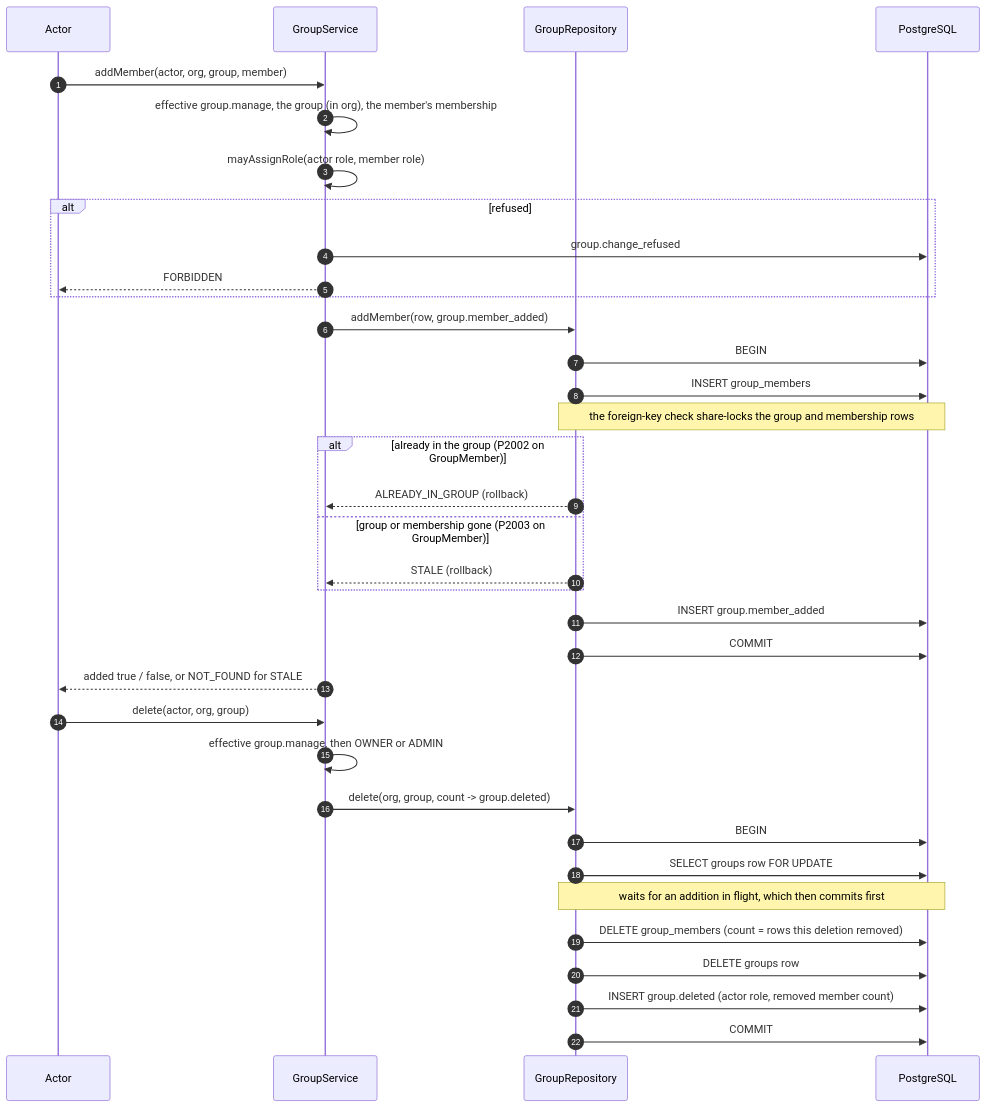
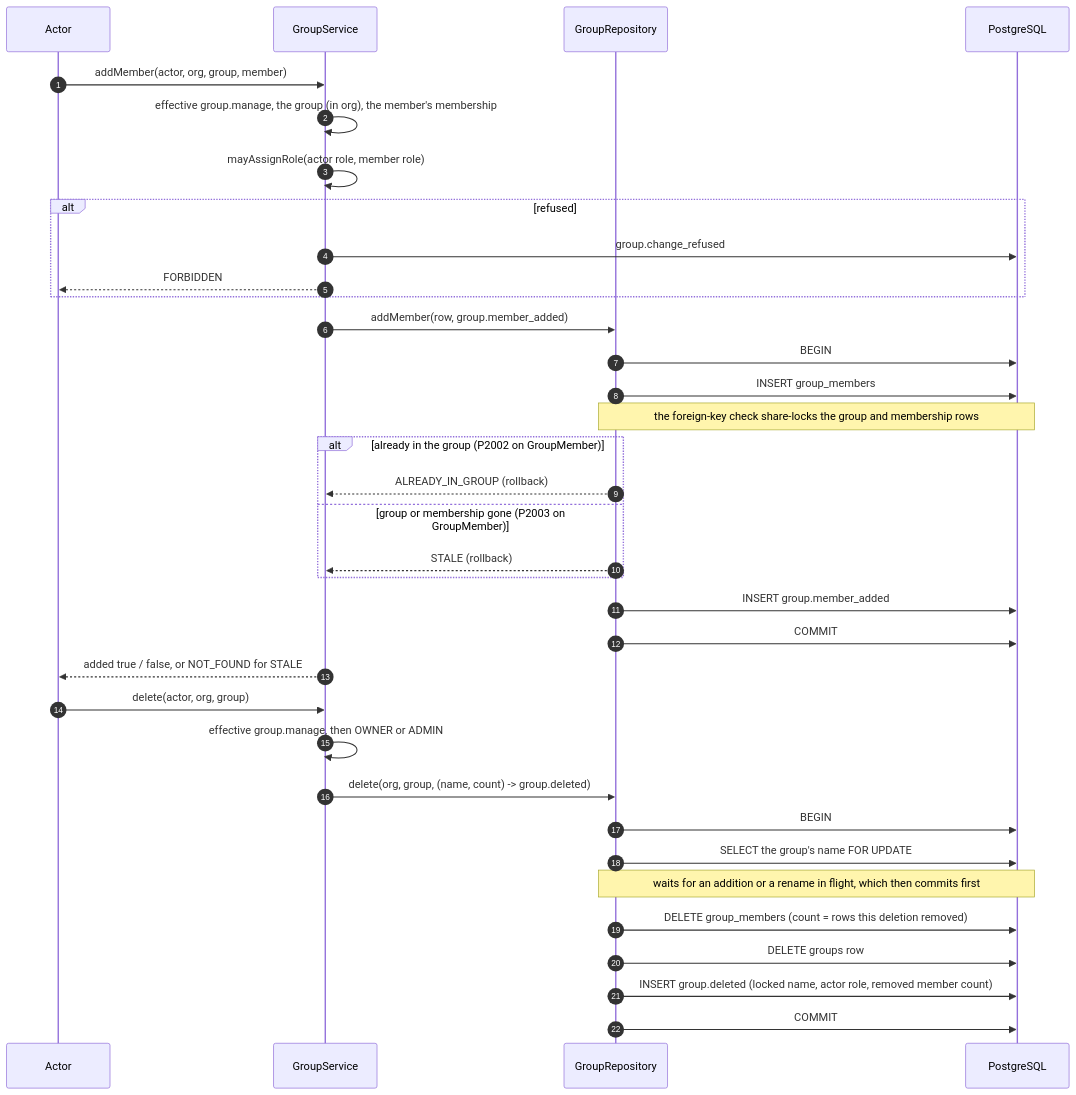
The diagram in docs/phase-6f-completion.md (TakeTouhu/Real-Estate-Listing-Concept-Video), drawn with Mermaid before and after one commit. The commit also changed other lines of this file and 1 other file, not shown here.

````diff
--- a/docs/phase-6f-completion.md
+++ b/docs/phase-6f-completion.md
@@ -53,39 +56,39 @@
 ```mermaid
 sequenceDiagram
   autonumber
   participant A as Actor
   participant GS as GroupService
   participant R as GroupRepository
   participant DB as PostgreSQL
 
   A->>GS: addMember(actor, org, group, member)
   GS->>GS: effective group.manage, the group (in org), the member's membership
   GS->>GS: mayAssignRole(actor role, member role)
   alt refused
     GS->>DB: group.change_refused
     GS-->>A: FORBIDDEN
   end
   GS->>R: addMember(row, group.member_added)
   R->>DB: BEGIN
   R->>DB: INSERT group_members
   Note over R,DB: the foreign-key check share-locks the group and membership rows
   alt already in the group (P2002 on GroupMember)
     R-->>GS: ALREADY_IN_GROUP (rollback)
   else group or membership gone (P2003 on GroupMember)
     R-->>GS: STALE (rollback)
   end
   R->>DB: INSERT group.member_added
   R->>DB: COMMIT
   GS-->>A: added true / false, or NOT_FOUND for STALE
 
   A->>GS: delete(actor, org, group)
   GS->>GS: effective group.manage, then OWNER or ADMIN
-  GS->>R: delete(org, group, count -> group.deleted)
+  GS->>R: delete(org, group, (name, count) -> group.deleted)
   R->>DB: BEGIN
-  R->>DB: SELECT groups row FOR UPDATE
-  Note over R,DB: waits for an addition in flight, which then commits first
+  R->>DB: SELECT the group's name FOR UPDATE
+  Note over R,DB: waits for an addition or a rename in flight, which then commits first
   R->>DB: DELETE group_members (count = rows this deletion removed)
   R->>DB: DELETE groups row
-  R->>DB: INSERT group.deleted (actor role, removed member count)
+  R->>DB: INSERT group.deleted (locked name, actor role, removed member count)
   R->>DB: COMMIT
 ```
````
